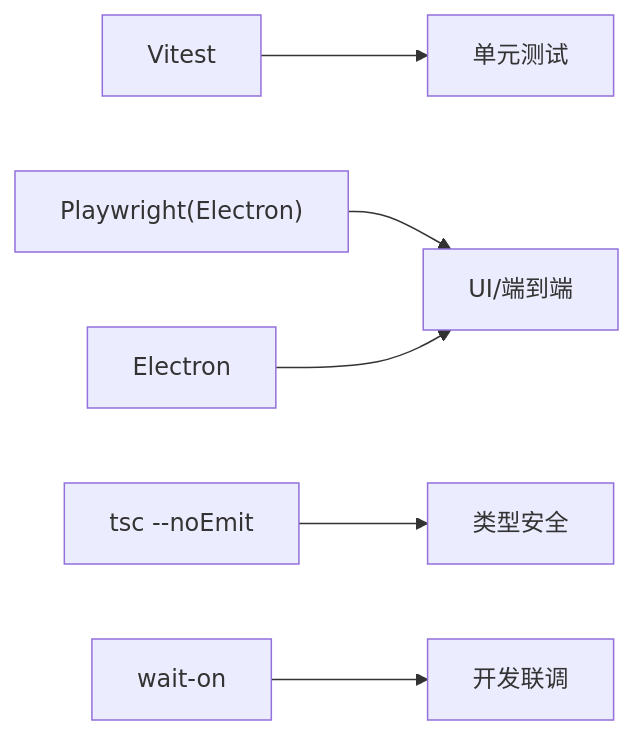
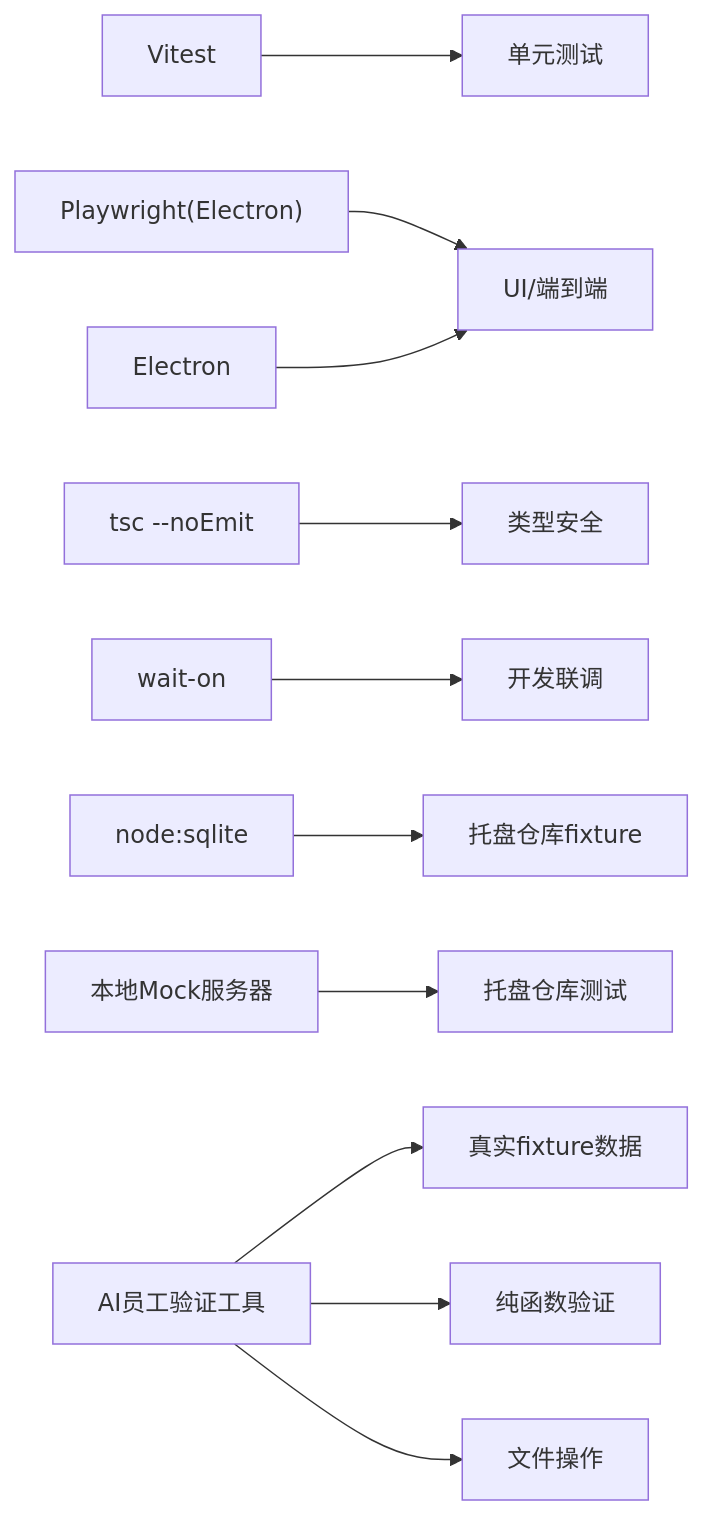
Before and after one commit to iljahofbauer219-lang/yandu: diagram 15 of 15 in .qoder/repowiki/zh/content/工具与工作流/测试基础设施.md, drawn with Mermaid. The commit also changed other lines of this file and 153 other files, not shown here.

````diff
--- a/.qoder/repowiki/zh/content/工具与工作流/测试基础设施.md
+++ b/.qoder/repowiki/zh/content/工具与工作流/测试基础设施.md
@@ -297,8 +634,13 @@
 ```mermaid
 graph LR
 V["Vitest"] --> UT["单元测试"]
 P["Playwright(Electron)"] --> E2E["UI/端到端"]
 TSC["tsc --noEmit"] --> TYPE["类型安全"]
 EL["Electron"] --> E2E
 W["wait-on"] --> DEV["开发联调"]
+SQLITE["node:sqlite"] --> FIXTURE["托盘仓库fixture"]
+MOCK["本地Mock服务器"] --> WH_TEST["托盘仓库测试"]
+A["AI员工验证工具"] --> FIXTURE_DATA["真实fixture数据"]
+A --> PURE["纯函数验证"]
+A --> FILE["文件操作"]
 ```
````
